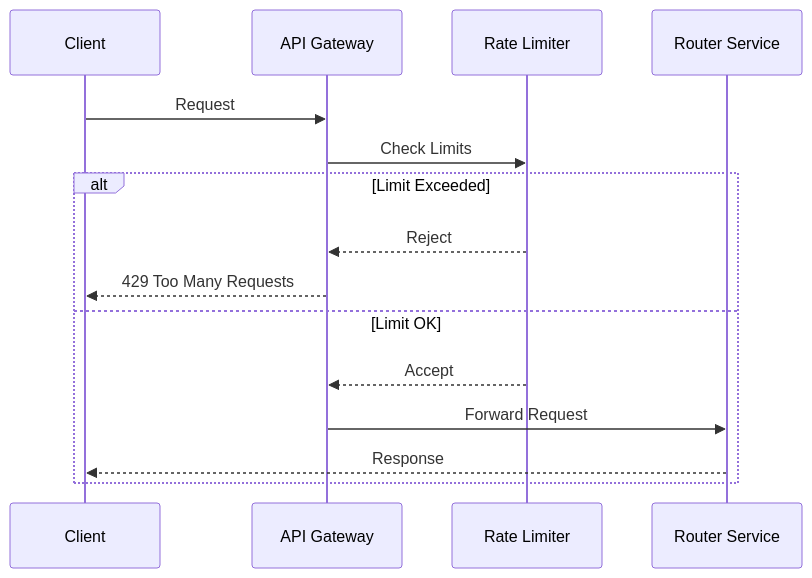
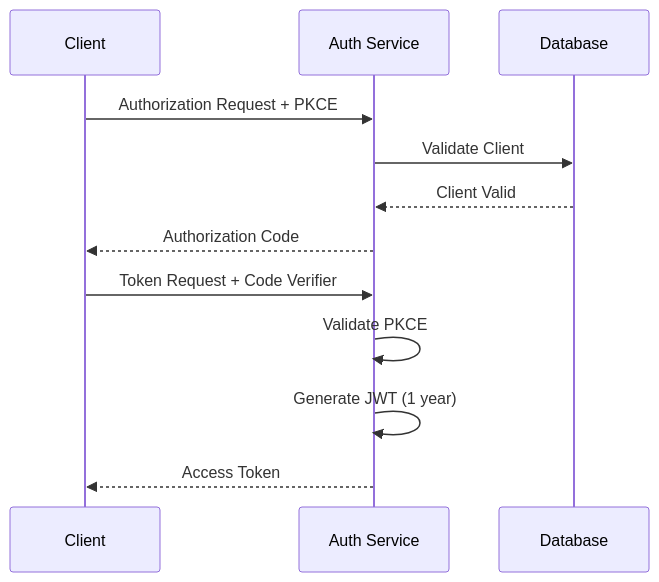
The fifth of 5 diagrams in docs/architecture/data-flow.md (xrouter-ru/xrouter), drawn with Mermaid before and after one commit. The commit also changed other lines of this file, not shown here.

First line of the commit message:
docs: add OAuth flow implementation

````diff
--- a/docs/architecture/data-flow.md
+++ b/docs/architecture/data-flow.md
@@ -251,18 +299,16 @@
 ```mermaid
 sequenceDiagram
     participant Client
-    participant Gateway as API Gateway
-    participant RateLimit as Rate Limiter
-    participant Router as Router Service
+    participant Auth as Auth Service
+    participant DB as Database
     
-    Client->>Gateway: Request
-    Gateway->>RateLimit: Check Limits
-    alt Limit Exceeded
-        RateLimit-->>Gateway: Reject
-        Gateway-->>Client: 429 Too Many Requests
-    else Limit OK
-        RateLimit-->>Gateway: Accept
-        Gateway->>Router: Forward Request
-        Router-->>Client: Response
-    end
+    Client->>Auth: Authorization Request + PKCE
+    Auth->>DB: Validate Client
+    DB-->>Auth: Client Valid
+    Auth-->>Client: Authorization Code
+    
+    Client->>Auth: Token Request + Code Verifier
+    Auth->>Auth: Validate PKCE
+    Auth->>Auth: Generate JWT (1 year)
+    Auth-->>Client: Access Token
 ```
````
